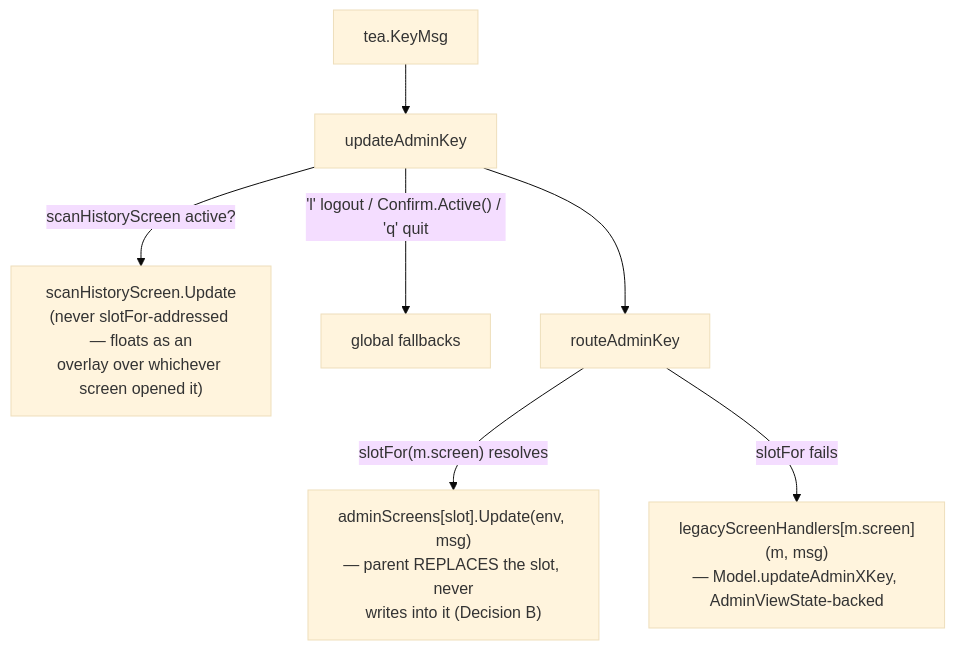
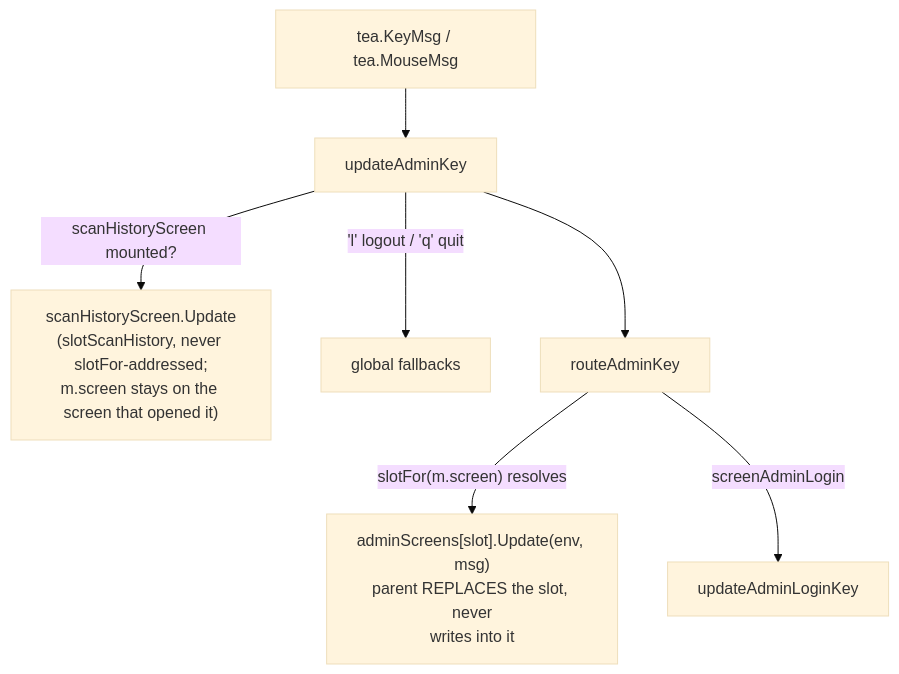
Before and after one commit to desatatufuria/regixtry: the third of 3 diagrams in docs/architecture.md, drawn with Mermaid (base theme). The commit also changed other lines of this file, not shown here.

Commit message:
docs(architecture): describe the slot-screen model and how to develop a screen

````diff
--- a/docs/architecture.md
+++ b/docs/architecture.md
@@ -146,9 +146,9 @@
 ```mermaid
 flowchart TB
-    key["tea.KeyMsg"] --> updateAdminKey
-    updateAdminKey -->|"scanHistoryScreen active?"| scanHistory["scanHistoryScreen.Update<br/>(never slotFor-addressed — floats as an<br/>overlay over whichever screen opened it)"]
-    updateAdminKey -->|"'l' logout / Confirm.Active() / 'q' quit"| globalFallbacks["global fallbacks"]
+    key["tea.KeyMsg / tea.MouseMsg"] --> updateAdminKey
+    updateAdminKey -->|"scanHistoryScreen mounted?"| scanHistory["scanHistoryScreen.Update<br/>(slotScanHistory, never slotFor-addressed;<br/>m.screen stays on the screen that opened it)"]
+    updateAdminKey -->|"'l' logout / 'q' quit"| globalFallbacks["global fallbacks"]
     updateAdminKey --> routeAdminKey
-    routeAdminKey -->|"slotFor(m.screen) resolves"| migrated["adminScreens[slot].Update(env, msg)<br/>— parent REPLACES the slot, never<br/>writes into it (Decision B)"]
-    routeAdminKey -->|"slotFor fails"| legacy["legacyScreenHandlers[m.screen](m, msg)<br/>— Model.updateAdminXKey, AdminViewState-backed"]
+    routeAdminKey -->|"slotFor(m.screen) resolves"| slot["adminScreens[slot].Update(env, msg)<br/>parent REPLACES the slot, never<br/>writes into it"]
+    routeAdminKey -->|"screenAdminLogin"| login["updateAdminLoginKey"]
 ```
````
